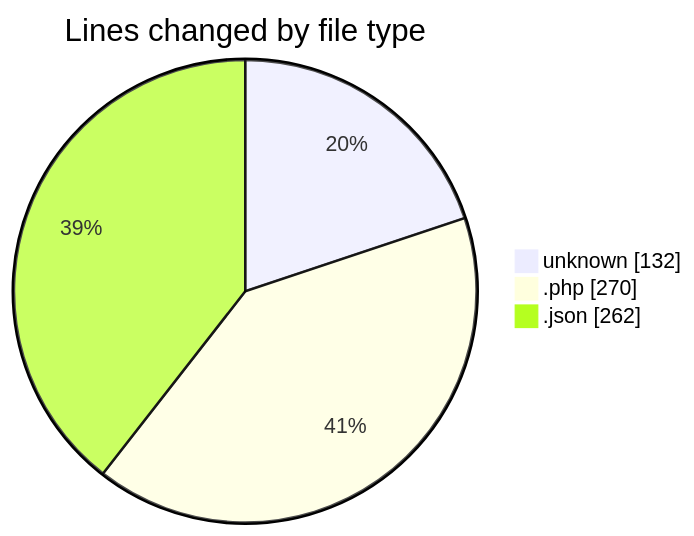
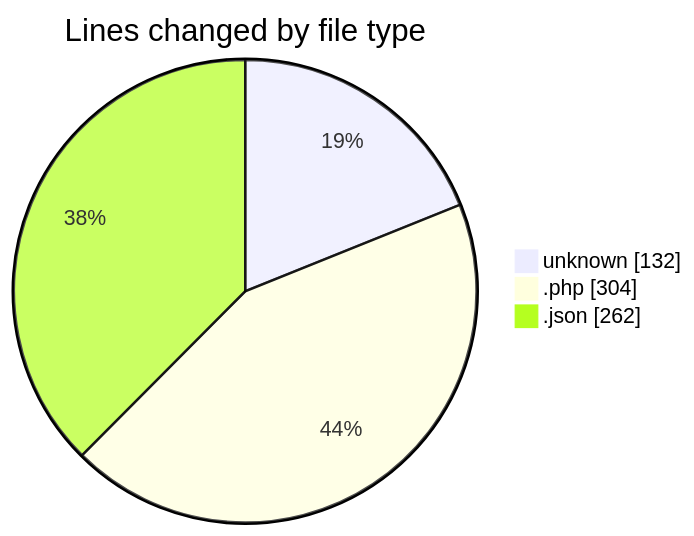
The first of 2 diagrams in 2025-11-13/futsal-recommender/README.md (idhammustaqopulfikri/code-tracking), drawn with Mermaid before and after one commit. The commit also changed other lines of this file and 1 other file, not shown here.

````diff
--- a/2025-11-13/futsal-recommender/README.md
+++ b/2025-11-13/futsal-recommender/README.md
@@ -25,7 +26,7 @@
 ```mermaid
 pie showData
 title Lines changed by file type
 "unknown" : 132
-".php" : 270
+".php" : 304
 ".json" : 262
 ```
````
